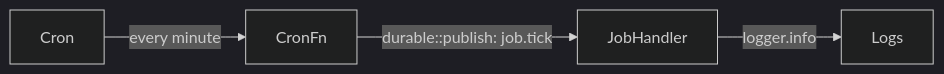
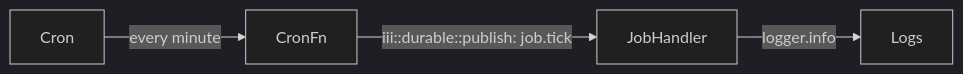
Before and after one commit to iii-hq/iii: the diagram in docs/examples/cron.mdx, drawn with Mermaid (dark theme). The commit also changed other lines of this file and 24 other files, not shown here.

First line of the commit message:
refactor: rename durable::publish to iii::durable::publish

````diff
--- a/docs/examples/cron.mdx
+++ b/docs/examples/cron.mdx
@@ -8,6 +8,6 @@
 ```mermaid
 graph LR
     Cron -->|"every minute"| CronFn
-    CronFn -->|"durable::publish: job.tick"| JobHandler
+    CronFn -->|"iii::durable::publish: job.tick"| JobHandler
     JobHandler -->|"logger.info"| Logs
 ```
````
